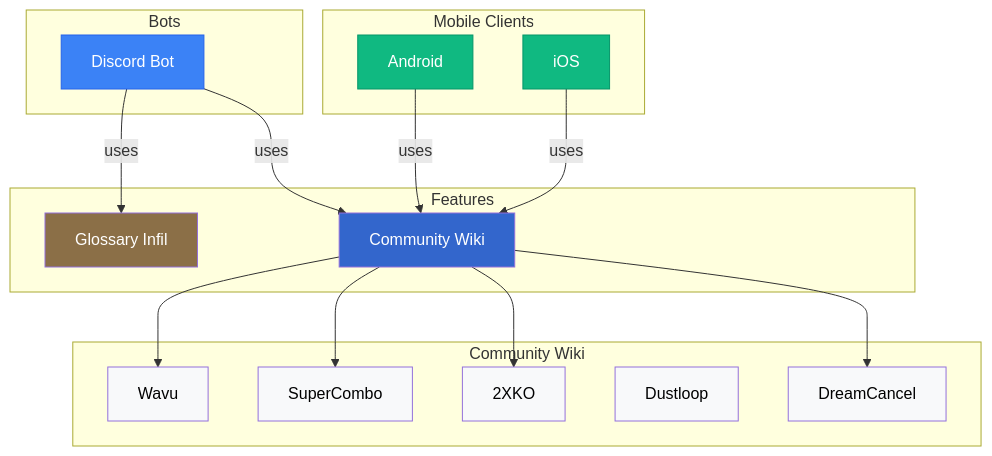
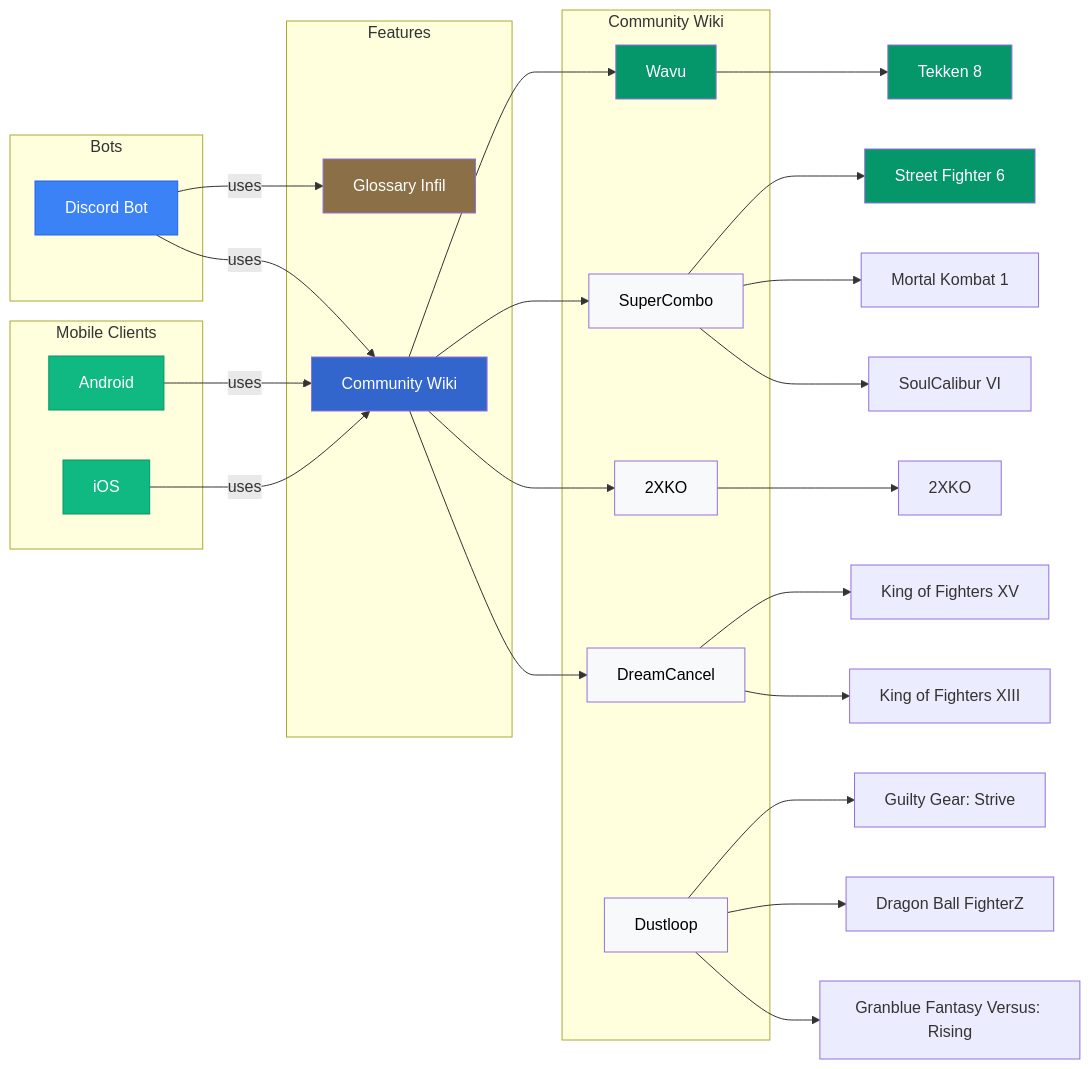
The diagram in mermaid/modules.mmd (Sophon/FightingNerd), drawn with Mermaid before and after one commit. The commit also changed 1 other file, not shown here.

Commit message:
doc (mermaid): update modules

```diff
--- a/mermaid/modules.mmd
+++ b/mermaid/modules.mmd
@@ -1,44 +1,58 @@
-graph TD
+graph LR
     subgraph Bots
         discordBot[Discord Bot]
     end
 
     subgraph "Mobile Clients"
         android[Android]
         iOS[iOS]
     end
 
     subgraph Features
         glossaryInfil[Glossary Infil]
         communityWiki[Community Wiki]
     end
 
     subgraph Community Wiki
         wikiWavu[Wavu]
         supercombo[SuperCombo]
         2xko[2XKO]
         dustloop[Dustloop]
         dreamcancel[DreamCancel]
     end
 
-    communityWiki --> wikiWavu
-    communityWiki --> supercombo
-    communityWiki --> 2xko
-    communityWiki --> dreamcancel
-
     discordBot -->|uses| glossaryInfil
     discordBot -->|uses| communityWiki
 
     android -->|uses| communityWiki
     iOS -->|uses| communityWiki
 
+    communityWiki --> wikiWavu
+    communityWiki --> supercombo
+    communityWiki --> 2xko
+    communityWiki --> dreamcancel
+
+    wikiWavu --> t8[Tekken 8]
+    supercombo --> sf6[Street Fighter 6]
+    supercombo --> mk1[Mortal Kombat 1]
+    supercombo --> sc6[SoulCalibur VI]
+    dustloop --> ggst[Guilty Gear: Strive]
+    dustloop --> dbfz[Dragon Ball FighterZ]
+    dustloop --> gbvsr[Granblue Fantasy Versus: Rising]
+    2xko --> xko[2XKO]
+    dreamcancel --> kof15[King of Fighters XV]
+    dreamcancel --> kof13[King of Fighters XIII]
+
+
     style discordBot fill:#3B82F6,stroke:#2563EB,color:#fff
     style android fill:#10B981,stroke:#059669,color:#fff
     style iOS fill:#10B981,stroke:#059669,color:#fff
     style glossaryInfil fill:#8B6F47,color:#fff
     style communityWiki fill:#3366CC,color:#fff
-    style wikiWavu fill:#F8F9FA,color:#000000
+    style wikiWavu fill:#059669,color:#fff
     style supercombo fill:#F8F9FA,color:#000000
     style 2xko fill:#F8F9FA,color:#000000
     style dustloop fill:#F8F9FA,color:#000000
     style dreamcancel fill:#F8F9FA,color:#000000
+    style t8 fill:#059669, color:#fff
+    style sf6 fill:#059669, color:#fff
```
